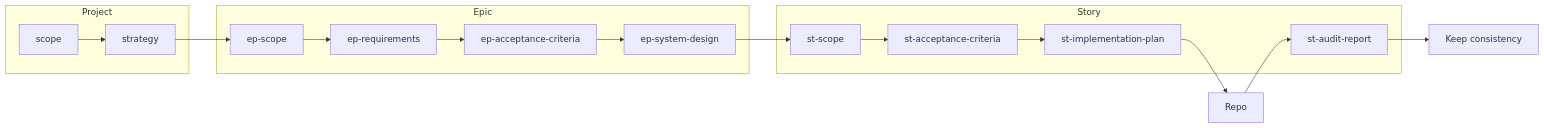
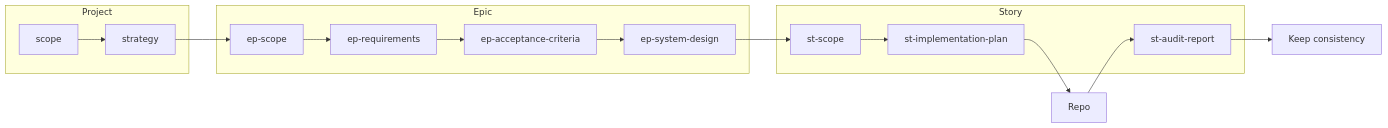
The second of 2 diagrams in ai-sdlc/specification/pipeline.spec.md (asubbot/personal-assistant), drawn with Mermaid before and after one commit. The commit also changed other lines of this file and 43 other files, not shown here.

First line of the commit message:
Stage 6: drop st-acceptance-criteria, use Traceability to AC/REQ in st-scope only

````diff
--- a/ai-sdlc/specification/pipeline.spec.md
+++ b/ai-sdlc/specification/pipeline.spec.md
@@ -100,21 +99,20 @@
 ```mermaid
 flowchart LR
   subgraph project [Project]
     scope[scope]
     strategy[strategy]
   end
   subgraph epic [Epic]
     ep_scope[ep-scope]
     ep_req[ep-requirements]
     ep_ac[ep-acceptance-criteria]
     ep_design[ep-system-design]
   end
   subgraph story [Story]
     st_scope[st-scope]
-    st_ac[st-acceptance-criteria]
     st_impl[st-implementation-plan]
     st_audit[st-audit-report]
   end
-  scope --> strategy --> ep_scope --> ep_req --> ep_ac --> ep_design --> st_scope --> st_ac --> st_impl --> repo[Repo]
+  scope --> strategy --> ep_scope --> ep_req --> ep_ac --> ep_design --> st_scope --> st_impl --> repo[Repo]
   repo --> st_audit --> consistency[Keep consistency]
 ```
````
